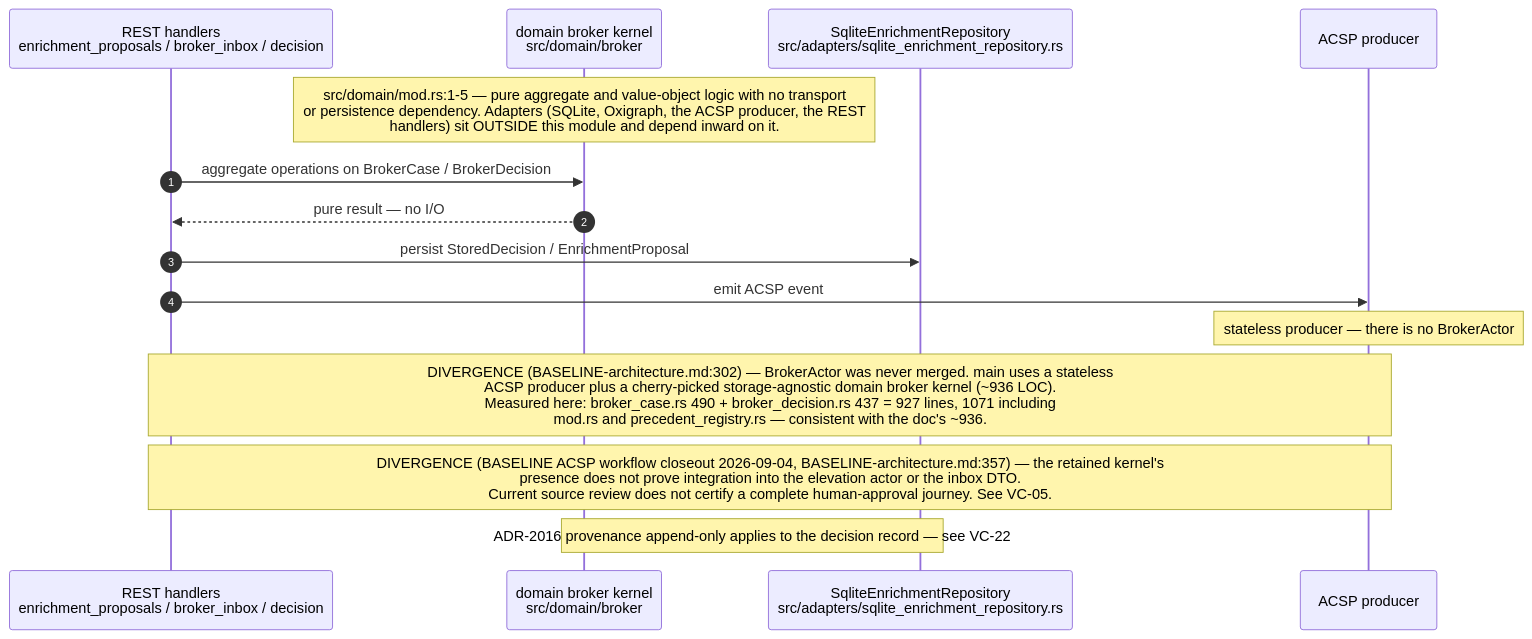
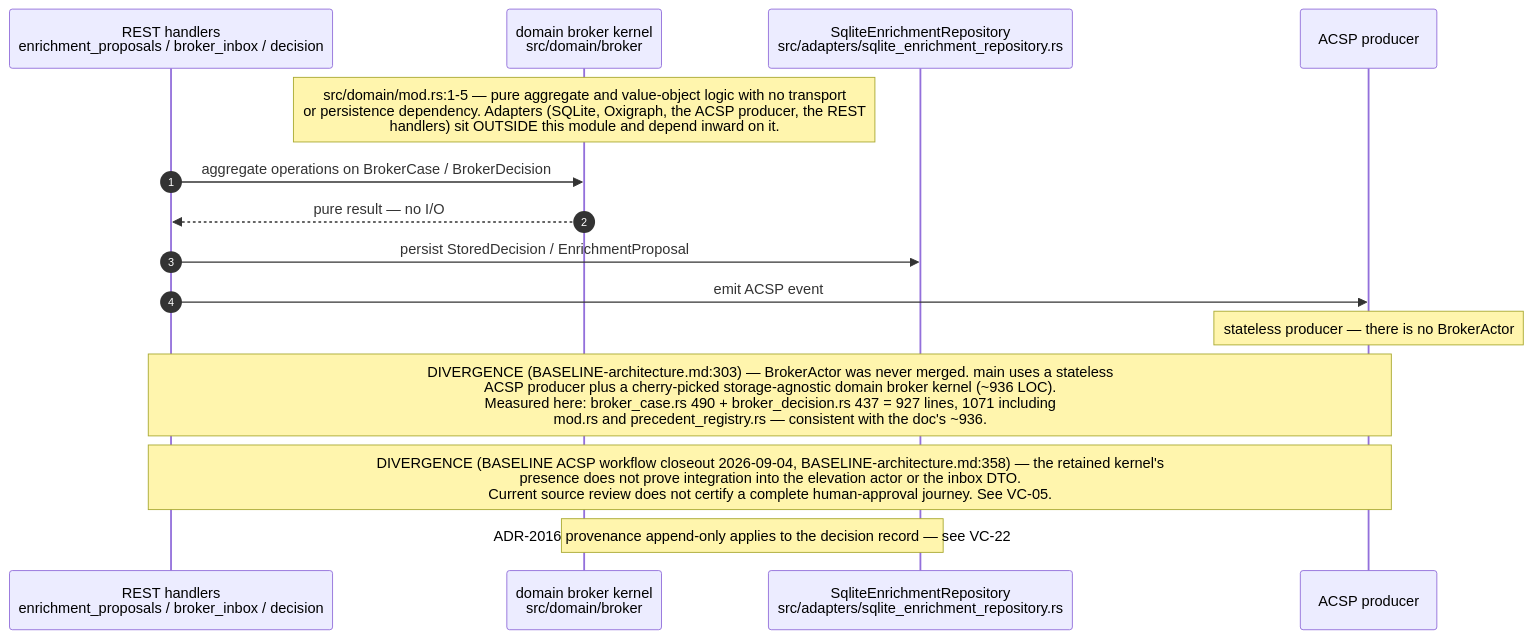
Before and after one commit to DreamLab-AI/VisionFlow: the seventh of 9 diagrams in docs/diagrams/visionclaw/07-hexagonal-ports-and-crates.md, drawn with Mermaid. The commit also changed other lines of this file and 142 other files, not shown here.

First line of the commit message:
docs(diagrams): one System One route; re-verify 140 topics at today's heads

````diff
--- a/docs/diagrams/visionclaw/07-hexagonal-ports-and-crates.md
+++ b/docs/diagrams/visionclaw/07-hexagonal-ports-and-crates.md
@@ -318,18 +318,18 @@
 ```mermaid
 sequenceDiagram
     autonumber
     participant H as REST handlers<br/>enrichment_proposals / broker_inbox / decision
     participant K as domain broker kernel<br/>src/domain/broker
     participant AD as SqliteEnrichmentRepository<br/>src/adapters/sqlite_enrichment_repository.rs
     participant AC as ACSP producer
 
     Note over K: src/domain/mod.rs:1-5 — pure aggregate and value-object logic with no transport<br/>or persistence dependency. Adapters (SQLite, Oxigraph, the ACSP producer, the REST<br/>handlers) sit OUTSIDE this module and depend inward on it.
     H->>K: aggregate operations on BrokerCase / BrokerDecision
     K-->>H: pure result — no I/O
     H->>AD: persist StoredDecision / EnrichmentProposal
     H->>AC: emit ACSP event
     Note over AC: stateless producer — there is no BrokerActor
-    Note over H,AC: DIVERGENCE (BASELINE-architecture.md:302) — BrokerActor was never merged. main uses a stateless<br/>ACSP producer plus a cherry-picked storage-agnostic domain broker kernel (~936 LOC).<br/>Measured here: broker_case.rs 490 + broker_decision.rs 437 = 927 lines, 1071 including<br/>mod.rs and precedent_registry.rs — consistent with the doc's ~936.
-    Note over H,AC: DIVERGENCE (BASELINE ACSP workflow closeout 2026-09-04, BASELINE-architecture.md:357) — the retained kernel's<br/>presence does not prove integration into the elevation actor or the inbox DTO.<br/>Current source review does not certify a complete human-approval journey. See VC-05.
+    Note over H,AC: DIVERGENCE (BASELINE-architecture.md:303) — BrokerActor was never merged. main uses a stateless<br/>ACSP producer plus a cherry-picked storage-agnostic domain broker kernel (~936 LOC).<br/>Measured here: broker_case.rs 490 + broker_decision.rs 437 = 927 lines, 1071 including<br/>mod.rs and precedent_registry.rs — consistent with the doc's ~936.
+    Note over H,AC: DIVERGENCE (BASELINE ACSP workflow closeout 2026-09-04, BASELINE-architecture.md:358) — the retained kernel's<br/>presence does not prove integration into the elevation actor or the inbox DTO.<br/>Current source review does not certify a complete human-approval journey. See VC-05.
     Note over K,AD: ADR-2016 provenance append-only applies to the decision record — see VC-22
 ```
````
